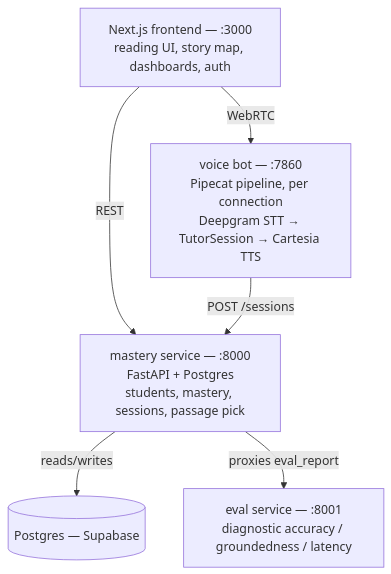
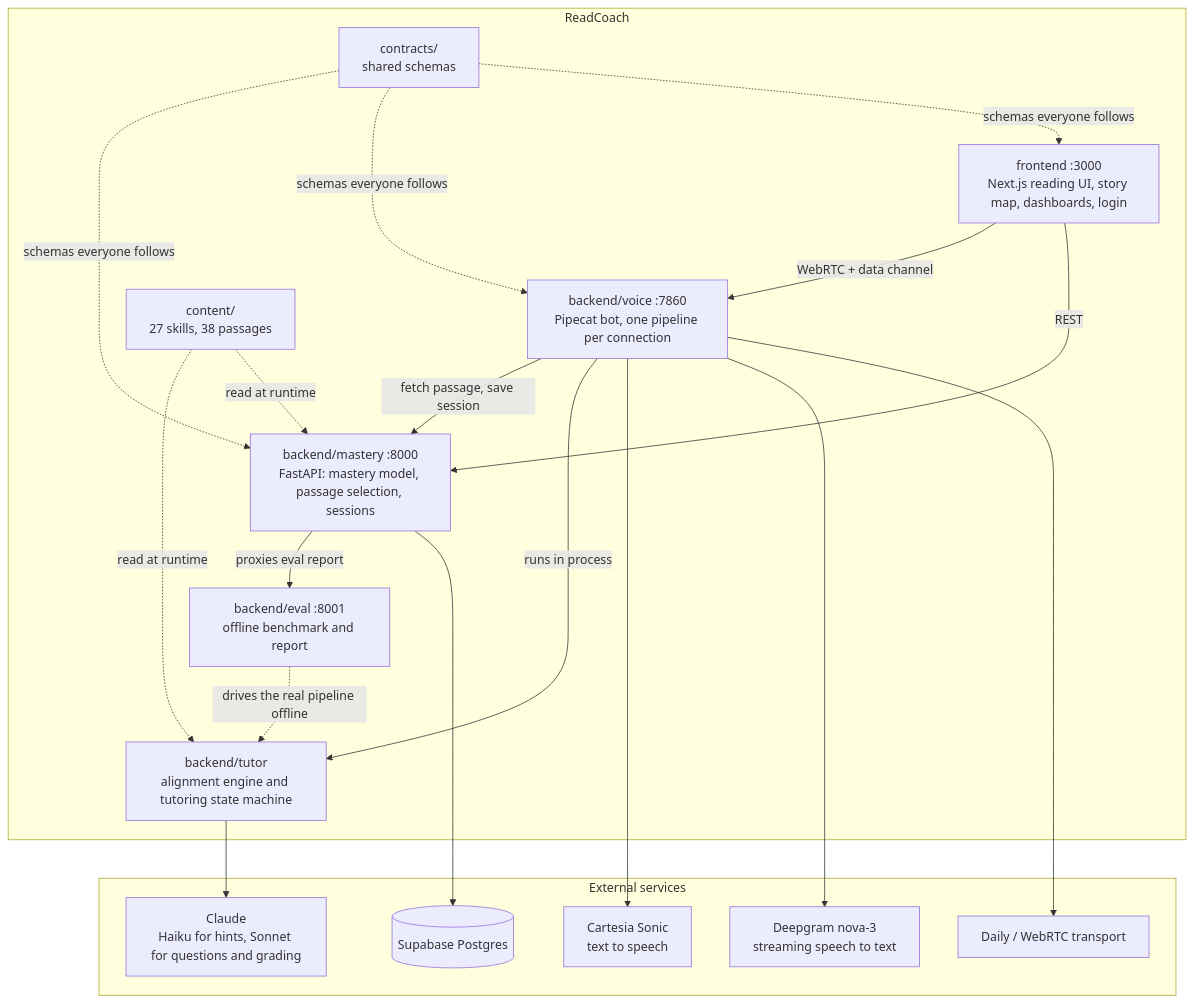
The second of 3 diagrams in README.md (aditeya08varma/readcoach), drawn with Mermaid before and after one commit. The commit also changed other lines of this file and 1 other file, not shown here.

Commit message:
Rewrite README with architecture diagrams, features, and design rationale

````diff
--- a/README.md
+++ b/README.md
@@ -26,14 +66,37 @@
 ```mermaid
-graph TD
-    FE["Next.js frontend — :3000<br/>reading UI, story map, dashboards, auth"]
-    MS["mastery service — :8000<br/>FastAPI + Postgres<br/>students, mastery, sessions, passage pick"]
-    VB["voice bot — :7860<br/>Pipecat pipeline, per connection<br/>Deepgram STT → TutorSession → Cartesia TTS"]
-    EV["eval service — :8001<br/>diagnostic accuracy / groundedness / latency"]
-    PG[("Postgres — Supabase")]
+flowchart TB
+    subgraph EXT["External services"]
+        DAILY["Daily / WebRTC transport"]
+        DG["Deepgram nova-3<br/>streaming speech to text"]
+        CL["Claude<br/>Haiku for hints, Sonnet for questions and grading"]
+        CA["Cartesia Sonic<br/>text to speech"]
+        PG[("Supabase Postgres")]
+    end
 
-    FE -- REST --> MS
-    FE -- WebRTC --> VB
-    VB -- "POST /sessions" --> MS
-    MS -- reads/writes --> PG
-    MS -- proxies eval_report --> EV
+    subgraph APP["ReadCoach"]
+        FE["frontend :3000<br/>Next.js reading UI, story map, dashboards, login"]
+        VB["backend/voice :7860<br/>Pipecat bot, one pipeline per connection"]
+        TU["backend/tutor<br/>alignment engine and tutoring state machine"]
+        MS["backend/mastery :8000<br/>FastAPI: mastery model, passage selection, sessions"]
+        EV["backend/eval :8001<br/>offline benchmark and report"]
+        CT["content/<br/>27 skills, 38 passages"]
+        CO["contracts/<br/>shared schemas"]
+    end
+
+    FE -- "REST" --> MS
+    FE -- "WebRTC + data channel" --> VB
+    VB --> DAILY
+    VB --> DG
+    VB --> CA
+    VB -- "runs in process" --> TU
+    TU --> CL
+    VB -- "fetch passage, save session" --> MS
+    MS --> PG
+    MS -- "proxies eval report" --> EV
+    EV -. "drives the real pipeline offline" .-> TU
+    CT -. "read at runtime" .-> MS
+    CT -. "read at runtime" .-> TU
+    CO -. "schemas everyone follows" .-> FE
+    CO -. "schemas everyone follows" .-> VB
+    CO -. "schemas everyone follows" .-> MS
 ```
````
